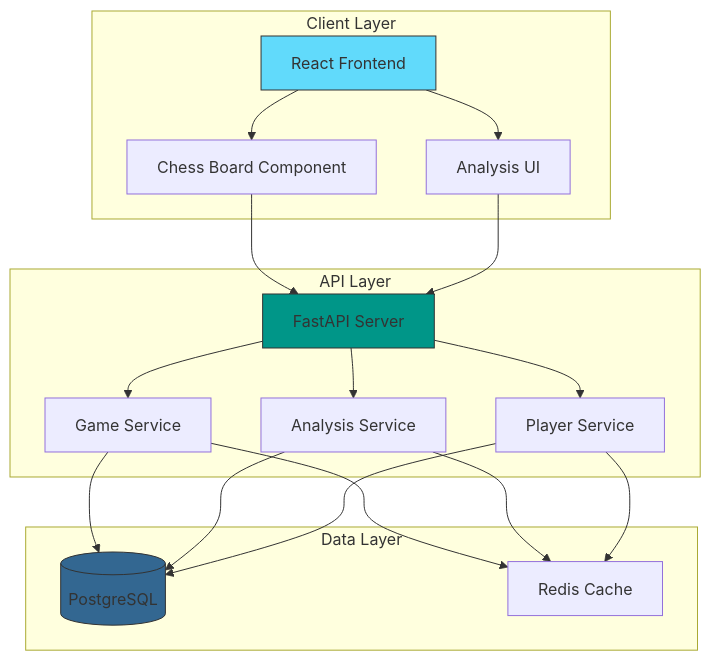
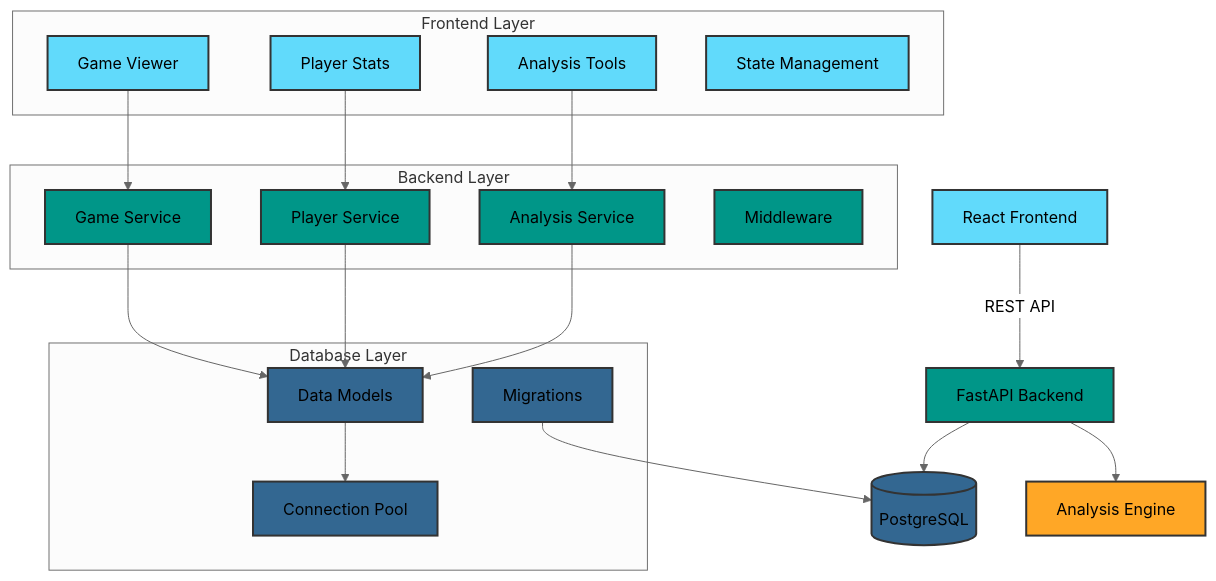
One commit to nessaee/chess-database changed the first of 3 diagrams in docs/architecture.md. Above: the diagram before and after it, drawn with Mermaid. The commit also changed other lines of this file and 2 other files, not shown here.

````diff
--- a/docs/architecture.md
+++ b/docs/architecture.md
@@ -23,38 +13,60 @@
 ```mermaid
+%%{init: {'theme': 'neutral' }}%%
 graph TB
-    subgraph Client Layer
-        A[React Frontend]
-        B[Chess Board Component]
-        C[Analysis UI]
+    %% Main Components
+    Frontend[React Frontend]
+    Backend[FastAPI Backend]
+    DB[(PostgreSQL)]
+    Analysis[Analysis Engine]
+
+    %% Frontend Components
+    subgraph "Frontend Layer"
+        GameViewer[Game Viewer]
+        AnalysisTools[Analysis Tools]
+        PlayerStats[Player Stats]
+        StateManagement[State Management]
     end
 
-    subgraph API Layer
-        D[FastAPI Server]
-        E[Game Service]
-        F[Analysis Service]
-        G[Player Service]
+    %% Backend Services
+    subgraph "Backend Layer"
+        GameService[Game Service]
+        PlayerService[Player Service]
+        AnalysisService[Analysis Service]
+        Middleware[Middleware]
     end
 
-    subgraph Data Layer
-        H[(PostgreSQL)]
-        I[Redis Cache]
+    %% Database Layer
+    subgraph "Database Layer"
+        Models[Data Models]
+        Migrations[Migrations]
+        ConnectionPool[Connection Pool]
     end
 
-    A --> B
-    A --> C
-    B --> D
-    C --> D
-    D --> E
-    D --> F
-    D --> G
-    E --> H
-    F --> H
-    G --> H
-    E --> I
-    F --> I
-    G --> I
+    %% Connections
+    Frontend --> |REST API| Backend
+    Backend --> DB
+    Backend --> Analysis
+    
+    %% Layer Connections
+    GameViewer --> GameService
+    AnalysisTools --> AnalysisService
+    PlayerStats --> PlayerService
+    
+    GameService --> Models
+    PlayerService --> Models
+    AnalysisService --> Models
+    
+    Models --> ConnectionPool
+    Migrations --> DB
 
-    style A fill:#61DAFB,stroke:#333
-    style D fill:#009688,stroke:#333
-    style H fill:#336791,stroke:#333
+    %% Styling
+    classDef frontend fill:#61DAFB,stroke:#333,stroke-width:2px
+    classDef backend fill:#009688,stroke:#333,stroke-width:2px
+    classDef database fill:#336791,stroke:#333,stroke-width:2px
+    classDef analysis fill:#FFA726,stroke:#333,stroke-width:2px
+    
+    class Frontend,GameViewer,AnalysisTools,PlayerStats,StateManagement frontend
+    class Backend,GameService,PlayerService,AnalysisService,Middleware backend
+    class DB,Models,Migrations,ConnectionPool database
+    class Analysis analysis
 ```
````
